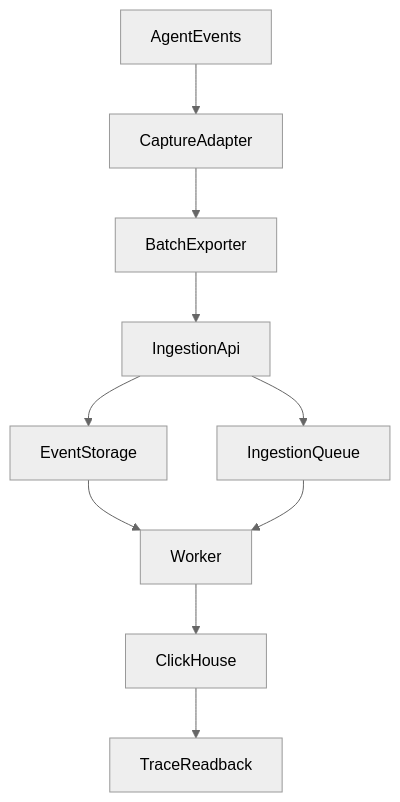
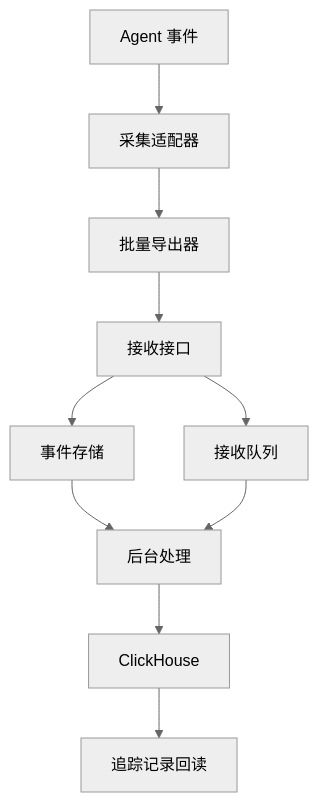
One commit to hpoenixf/eff-agent-article changed the diagram in articles/025-agent-langfuse-from-trace-to-trustworthy-observability.md. Above: the diagram before and after it, drawn with Mermaid (neutral theme). The commit also changed 52 other files, not shown here.

Commit message:
docs: localize diagrams and clarify flagship guides

````diff
--- a/articles/025-agent-langfuse-from-trace-to-trustworthy-observability.md
+++ b/articles/025-agent-langfuse-from-trace-to-trustworthy-observability.md
@@ -113,12 +113,12 @@
 ```mermaid
 graph TD
-AgentEvents --> CaptureAdapter
-CaptureAdapter --> BatchExporter
-BatchExporter --> IngestionApi
-IngestionApi --> EventStorage
-IngestionApi --> IngestionQueue
-EventStorage --> Worker
+AgentEvents["Agent 事件"] --> CaptureAdapter["采集适配器"]
+CaptureAdapter --> BatchExporter["批量导出器"]
+BatchExporter --> IngestionApi["接收接口"]
+IngestionApi --> EventStorage["事件存储"]
+IngestionApi --> IngestionQueue["接收队列"]
+EventStorage --> Worker["后台处理"]
 IngestionQueue --> Worker
-Worker --> ClickHouse
-ClickHouse --> TraceReadback
+Worker --> ClickHouse["ClickHouse"]
+ClickHouse --> TraceReadback["追踪记录回读"]
 ```
````
